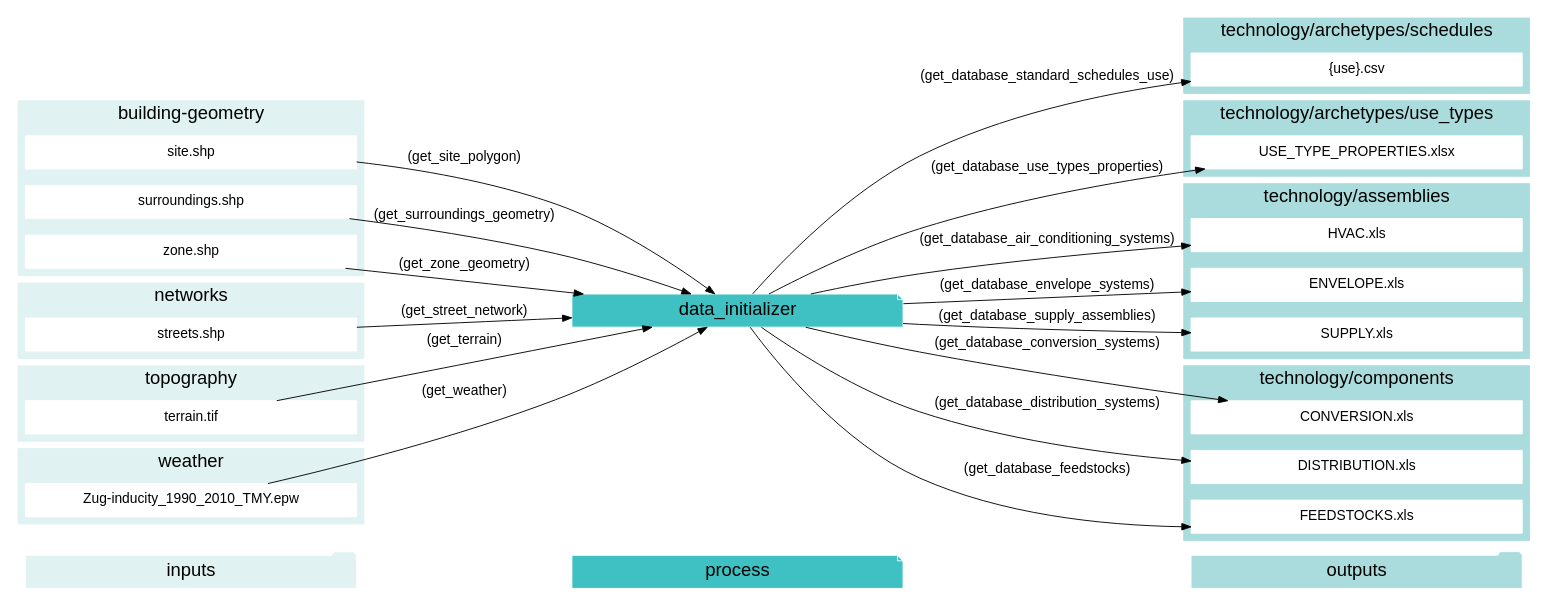
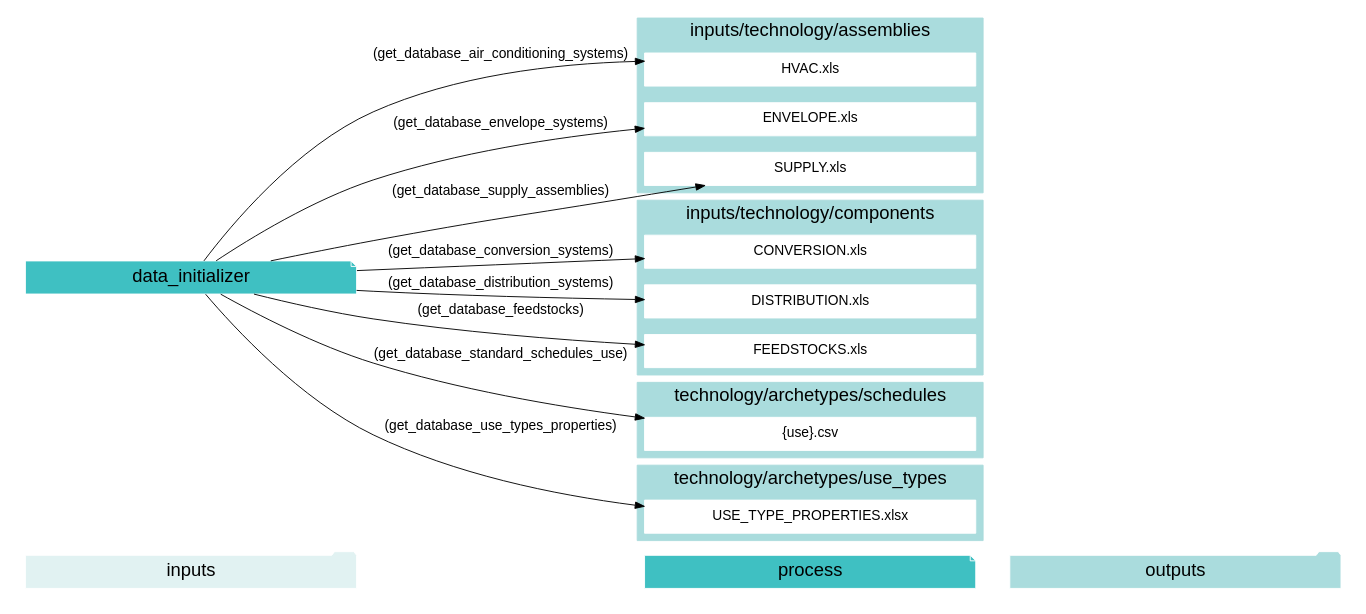
Before and after one commit to architecture-building-systems/CityEnergyAnalyst: diagram 15 of 23 in docs/script-data-flow.rst, drawn with Graphviz. The commit also changed other lines of this file and 25 other files, not shown here.

Commit message:
cleaning up cea-doc graphviz

```diff
--- a/docs/script-data-flow.rst
+++ b/docs/script-data-flow.rst
@@ -1408,6 +998,6 @@
 .. graphviz::
 
-    digraph trace_inputlocator {
+    digraph data_initializer {
     rankdir="LR";
     graph [overlap=false, fontname=arial];
     node [shape=box, style=filled, color=white, fontsize=15, fontname=arial, fixedsize=true, width=5];
@@ -1423,23 +1013,25 @@
     "process"->"outputs"[style=invis]
     }
     "data_initializer"[style=filled, color=white, fillcolor="#3FC0C2", shape=note, fontsize=20, fontname=arial];
-    subgraph cluster_0_in {
+    subgraph cluster_0_out {
         style = filled;
-        color = "#E1F2F2";
+        color = "#aadcdd";
         fontsize = 20;
         rank=same;
-        label="building-geometry";
-        "site.shp"
-        "surroundings.shp"
-        "zone.shp"
+        label="inputs/technology/assemblies";
+        "HVAC.xls"
+        "ENVELOPE.xls"
+        "SUPPLY.xls"
     }
-    subgraph cluster_1_in {
+    subgraph cluster_1_out {
         style = filled;
-        color = "#E1F2F2";
+        color = "#aadcdd";
         fontsize = 20;
         rank=same;
-        label="networks";
-        "streets.shp"
+        label="inputs/technology/components";
+        "CONVERSION.xls"
+        "DISTRIBUTION.xls"
+        "FEEDSTOCKS.xls"
     }
     subgraph cluster_2_out {
         style = filled;
@@ -1457,48 +1049,6 @@
         label="technology/archetypes/use_types";
         "USE_TYPE_PROPERTIES.xlsx"
     }
-    subgraph cluster_4_out {
-        style = filled;
-        color = "#aadcdd";
-        fontsize = 20;
-        rank=same;
-        label="technology/assemblies";
-        "HVAC.xls"
-        "ENVELOPE.xls"
-        "SUPPLY.xls"
-    }
-    subgraph cluster_5_out {
-        style = filled;
-        color = "#aadcdd";
-        fontsize = 20;
-        rank=same;
-        label="technology/components";
-        "CONVERSION.xls"
-        "DISTRIBUTION.xls"
-        "FEEDSTOCKS.xls"
-    }
-    subgraph cluster_6_in {
-        style = filled;
-        color = "#E1F2F2";
-        fontsize = 20;
-        rank=same;
-        label="topography";
-        "terrain.tif"
-    }
-    subgraph cluster_7_in {
-        style = filled;
-        color = "#E1F2F2";
-        fontsize = 20;
-        rank=same;
-        label="weather";
-        "Zug-inducity_1990_2010_TMY.epw"
-    }
-    "site.shp" -> "data_initializer"[label="(get_site_polygon)"]
-    "streets.shp" -> "data_initializer"[label="(get_street_network)"]
-    "surroundings.shp" -> "data_initializer"[label="(get_surroundings_geometry)"]
-    "terrain.tif" -> "data_initializer"[label="(get_terrain)"]
-    "Zug-inducity_1990_2010_TMY.epw" -> "data_initializer"[label="(get_weather)"]
-    "zone.shp" -> "data_initializer"[label="(get_zone_geometry)"]
     "data_initializer" -> "HVAC.xls"[label="(get_database_air_conditioning_systems)"]
     "data_initializer" -> "CONVERSION.xls"[label="(get_database_conversion_systems)"]
     "data_initializer" -> "DISTRIBUTION.xls"[label="(get_database_distribution_systems)"]
```
